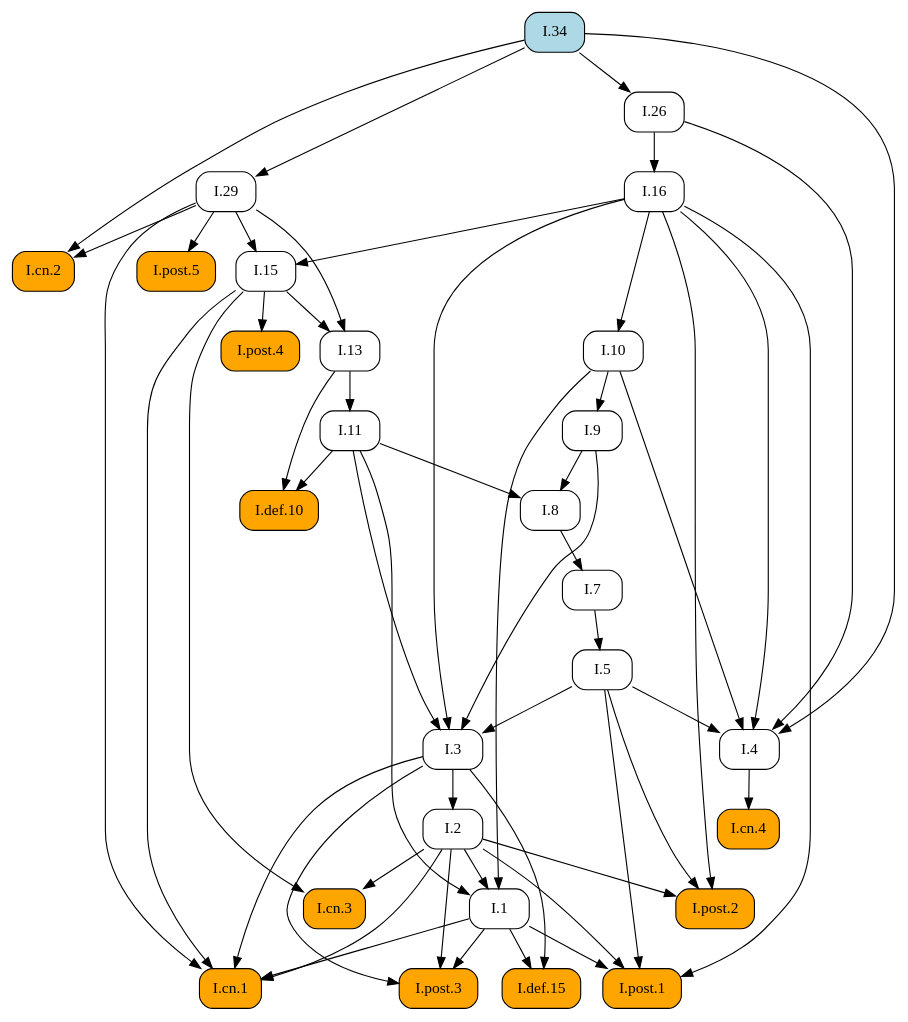
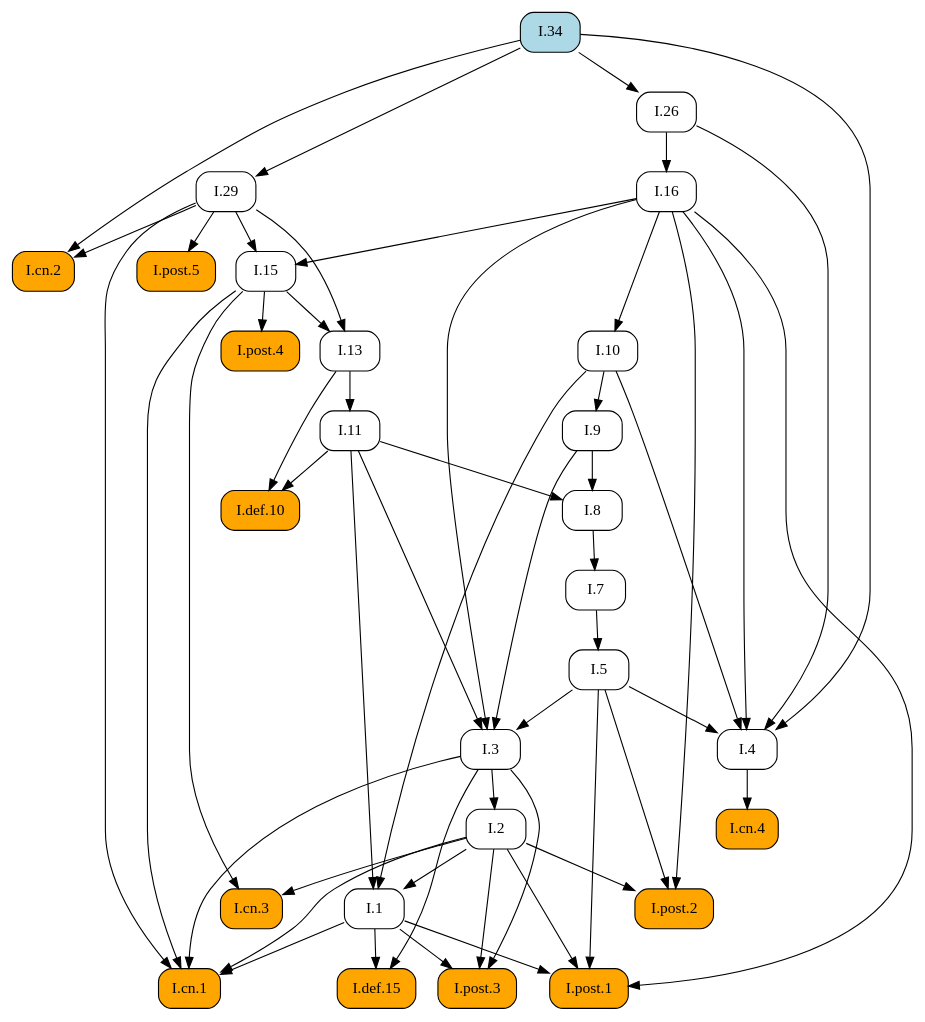
One commit to geometor/elements changed the diagram in docsrc/heath/I/34/index.rst. Above: the diagram before and after it, drawn with Graphviz. The commit also changed other lines of this file and 1029 other files, not shown here.

```diff
--- a/docsrc/heath/I/34/index.rst
+++ b/docsrc/heath/I/34/index.rst
@@ -80,84 +80,84 @@
    digraph {
      rankdir="TB";
      node [shape=box, style=rounded];
+     "I.def.10" [style="rounded,filled", fillcolor=orange, URL="/heath/I/def.10/", target="_top"];
+     "I.11" [URL="/heath/I/11/", target="_top"];
+     "I.post.4" [style="rounded,filled", fillcolor=orange, URL="/heath/I/post.4/", target="_top"];
+     "I.1" [URL="/heath/I/1/", target="_top"];
+     "I.26" [URL="/heath/I/26/", target="_top"];
+     "I.7" [URL="/heath/I/7/", target="_top"];
+     "I.34" [style="rounded,filled", fillcolor=lightblue, URL="/heath/I/34/", target="_top"];
+     "I.3" [URL="/heath/I/3/", target="_top"];
+     "I.2" [URL="/heath/I/2/", target="_top"];
+     "I.4" [URL="/heath/I/4/", target="_top"];
+     "I.29" [URL="/heath/I/29/", target="_top"];
      "I.13" [URL="/heath/I/13/", target="_top"];
+     "I.cn.2" [style="rounded,filled", fillcolor=orange, URL="/heath/I/cn.2/", target="_top"];
+     "I.post.2" [style="rounded,filled", fillcolor=orange, URL="/heath/I/post.2/", target="_top"];
+     "I.16" [URL="/heath/I/16/", target="_top"];
+     "I.def.15" [style="rounded,filled", fillcolor=orange, URL="/heath/I/def.15/", target="_top"];
+     "I.9" [URL="/heath/I/9/", target="_top"];
+     "I.post.3" [style="rounded,filled", fillcolor=orange, URL="/heath/I/post.3/", target="_top"];
+     "I.cn.1" [style="rounded,filled", fillcolor=orange, URL="/heath/I/cn.1/", target="_top"];
      "I.cn.3" [style="rounded,filled", fillcolor=orange, URL="/heath/I/cn.3/", target="_top"];
-     "I.cn.2" [style="rounded,filled", fillcolor=orange, URL="/heath/I/cn.2/", target="_top"];
+     "I.8" [URL="/heath/I/8/", target="_top"];
+     "I.cn.4" [style="rounded,filled", fillcolor=orange, URL="/heath/I/cn.4/", target="_top"];
+     "I.15" [URL="/heath/I/15/", target="_top"];
+     "I.post.5" [style="rounded,filled", fillcolor=orange, URL="/heath/I/post.5/", target="_top"];
+     "I.post.1" [style="rounded,filled", fillcolor=orange, URL="/heath/I/post.1/", target="_top"];
+     "I.10" [URL="/heath/I/10/", target="_top"];
      "I.5" [URL="/heath/I/5/", target="_top"];
-     "I.11" [URL="/heath/I/11/", target="_top"];
-     "I.29" [URL="/heath/I/29/", target="_top"];
-     "I.7" [URL="/heath/I/7/", target="_top"];
-     "I.10" [URL="/heath/I/10/", target="_top"];
-     "I.4" [URL="/heath/I/4/", target="_top"];
-     "I.3" [URL="/heath/I/3/", target="_top"];
-     "I.16" [URL="/heath/I/16/", target="_top"];
-     "I.34" [style="rounded,filled", fillcolor=lightblue, URL="/heath/I/34/", target="_top"];
-     "I.8" [URL="/heath/I/8/", target="_top"];
-     "I.9" [URL="/heath/I/9/", target="_top"];
-     "I.def.10" [style="rounded,filled", fillcolor=orange, URL="/heath/I/def.10/", target="_top"];
-     "I.post.4" [style="rounded,filled", fillcolor=orange, URL="/heath/I/post.4/", target="_top"];
-     "I.post.2" [style="rounded,filled", fillcolor=orange, URL="/heath/I/post.2/", target="_top"];
-     "I.2" [URL="/heath/I/2/", target="_top"];
-     "I.def.15" [style="rounded,filled", fillcolor=orange, URL="/heath/I/def.15/", target="_top"];
-     "I.1" [URL="/heath/I/1/", target="_top"];
-     "I.post.3" [style="rounded,filled", fillcolor=orange, URL="/heath/I/post.3/", target="_top"];
-     "I.post.1" [style="rounded,filled", fillcolor=orange, URL="/heath/I/post.1/", target="_top"];
-     "I.post.5" [style="rounded,filled", fillcolor=orange, URL="/heath/I/post.5/", target="_top"];
-     "I.cn.4" [style="rounded,filled", fillcolor=orange, URL="/heath/I/cn.4/", target="_top"];
-     "I.26" [URL="/heath/I/26/", target="_top"];
-     "I.15" [URL="/heath/I/15/", target="_top"];
-     "I.cn.1" [style="rounded,filled", fillcolor=orange, URL="/heath/I/cn.1/", target="_top"];
-     "I.15" -> "I.13";
-     "I.29" -> "I.13";
-     "I.2" -> "I.cn.3";
-     "I.15" -> "I.cn.3";
-     "I.29" -> "I.cn.2";
-     "I.34" -> "I.cn.2";
-     "I.7" -> "I.5";
+     "I.11" -> "I.def.10";
+     "I.13" -> "I.def.10";
      "I.13" -> "I.11";
-     "I.34" -> "I.29";
+     "I.15" -> "I.post.4";
+     "I.2" -> "I.1";
+     "I.10" -> "I.1";
+     "I.11" -> "I.1";
+     "I.34" -> "I.26";
      "I.8" -> "I.7";
-     "I.16" -> "I.10";
+     "I.5" -> "I.3";
+     "I.9" -> "I.3";
+     "I.11" -> "I.3";
+     "I.16" -> "I.3";
+     "I.3" -> "I.2";
      "I.5" -> "I.4";
      "I.10" -> "I.4";
      "I.16" -> "I.4";
      "I.26" -> "I.4";
      "I.34" -> "I.4";
-     "I.5" -> "I.3";
-     "I.9" -> "I.3";
-     "I.11" -> "I.3";
-     "I.16" -> "I.3";
-     "I.26" -> "I.16";
-     "I.9" -> "I.8";
-     "I.11" -> "I.8";
-     "I.10" -> "I.9";
-     "I.11" -> "I.def.10";
-     "I.13" -> "I.def.10";
-     "I.15" -> "I.post.4";
+     "I.34" -> "I.29";
+     "I.15" -> "I.13";
+     "I.29" -> "I.13";
+     "I.29" -> "I.cn.2";
+     "I.34" -> "I.cn.2";
      "I.2" -> "I.post.2";
      "I.5" -> "I.post.2";
      "I.16" -> "I.post.2";
-     "I.3" -> "I.2";
+     "I.26" -> "I.16";
      "I.1" -> "I.def.15";
      "I.3" -> "I.def.15";
-     "I.2" -> "I.1";
-     "I.10" -> "I.1";
-     "I.11" -> "I.1";
+     "I.10" -> "I.9";
      "I.1" -> "I.post.3";
      "I.2" -> "I.post.3";
      "I.3" -> "I.post.3";
-     "I.1" -> "I.post.1";
-     "I.2" -> "I.post.1";
-     "I.5" -> "I.post.1";
-     "I.16" -> "I.post.1";
-     "I.29" -> "I.post.5";
-     "I.4" -> "I.cn.4";
-     "I.34" -> "I.26";
-     "I.16" -> "I.15";
-     "I.29" -> "I.15";
      "I.1" -> "I.cn.1";
      "I.2" -> "I.cn.1";
      "I.3" -> "I.cn.1";
      "I.15" -> "I.cn.1";
      "I.29" -> "I.cn.1";
+     "I.2" -> "I.cn.3";
+     "I.15" -> "I.cn.3";
+     "I.9" -> "I.8";
+     "I.11" -> "I.8";
+     "I.4" -> "I.cn.4";
+     "I.16" -> "I.15";
+     "I.29" -> "I.15";
+     "I.29" -> "I.post.5";
+     "I.1" -> "I.post.1";
+     "I.2" -> "I.post.1";
+     "I.5" -> "I.post.1";
+     "I.16" -> "I.post.1";
+     "I.16" -> "I.10";
+     "I.7" -> "I.5";
    }
```
